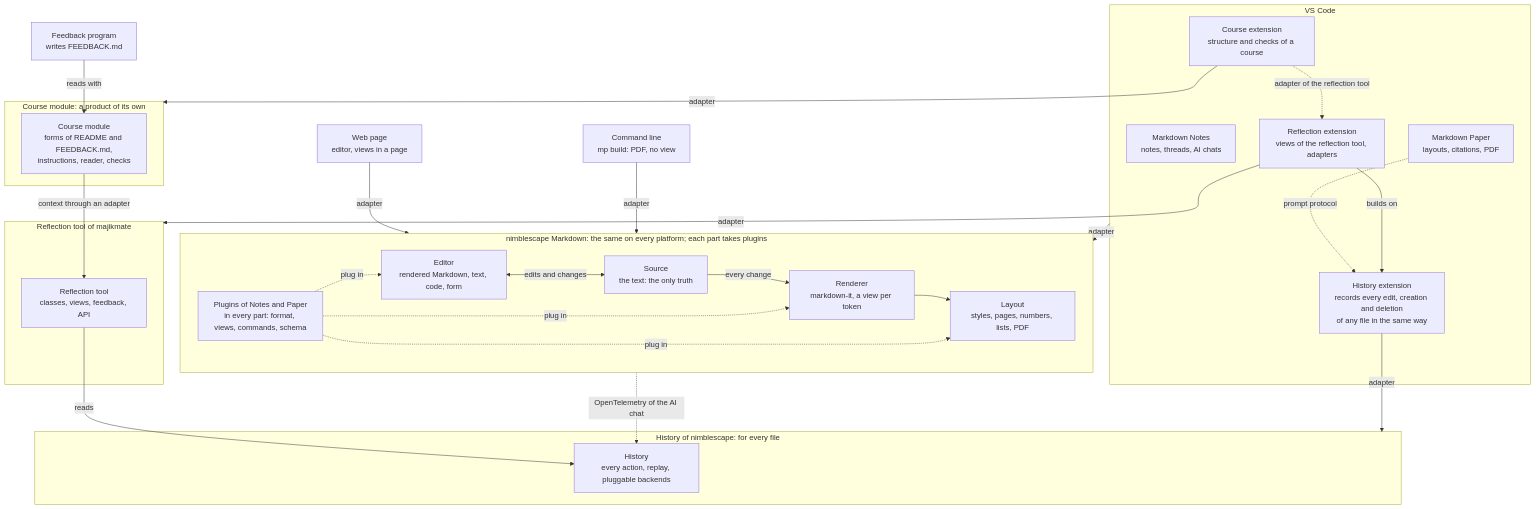
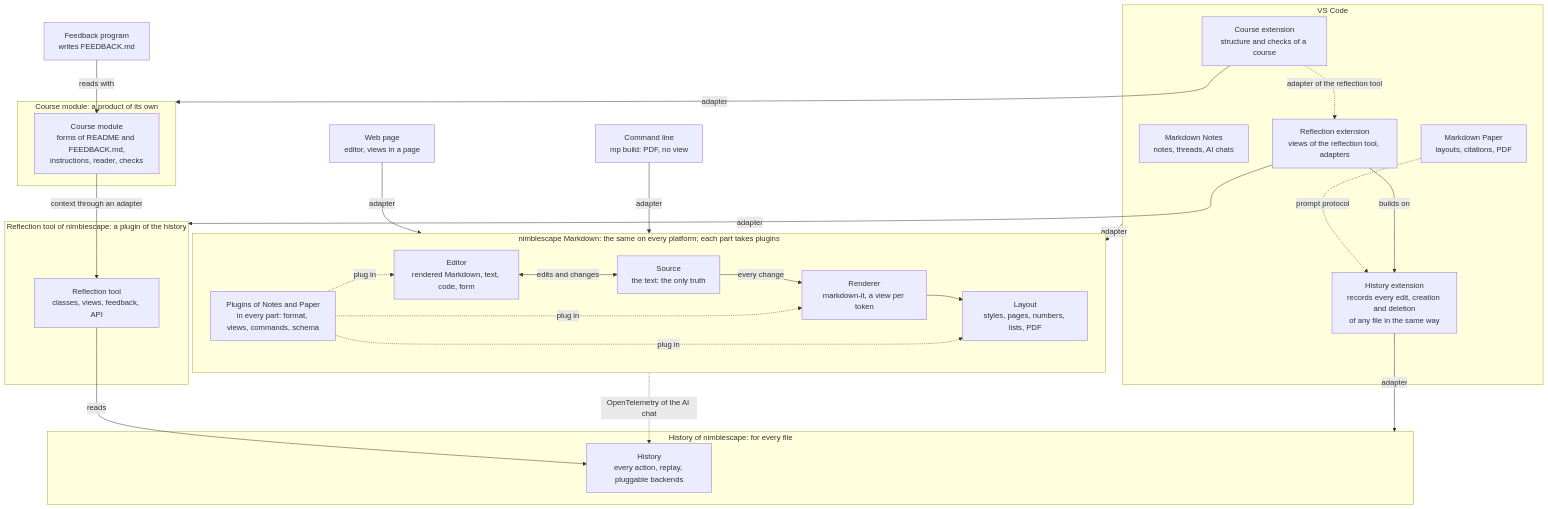
Before and after one commit to nimblescape/markdown: the diagram in docs/specification.md, drawn with Mermaid. The commit also changed other lines of this file and 4 other files, not shown here.

````diff
--- a/docs/specification.md
+++ b/docs/specification.md
@@ -83,48 +83,48 @@
 ```mermaid
 flowchart TB
   subgraph vscode["VS Code"]
     notes["Markdown Notes<br/>notes, threads, AI chats"]
     paper["Markdown Paper<br/>layouts, citations, PDF"]
     historyExtension["History extension<br/>records every edit, creation and deletion<br/>of any file in the same way"]
     reflectionExtension["Reflection extension<br/>views of the reflection tool, adapters"]
     courseExtension["Course extension<br/>structure and checks of a course"]
     paper -. prompt protocol .-> historyExtension
     reflectionExtension -- builds on --> historyExtension
     courseExtension -. adapter of the reflection tool .-> reflectionExtension
   end
   web["Web page<br/>editor, views in a page"]
   cli["Command line<br/>mp build: PDF, no view"]
   subgraph libraries["nimblescape Markdown: the same on every platform; each part takes plugins"]
     source["Source<br/>the text: the only truth"]
     editor["Editor<br/>rendered Markdown, text, code, form"]
     renderer["Renderer<br/>markdown-it, a view per token"]
     layout["Layout<br/>styles, pages, numbers, lists, PDF"]
     plugins["Plugins of Notes and Paper<br/>in every part: format, views, commands, schema"]
     editor <-->|edits and changes| source
     source -- every change --> renderer
     renderer --> layout
     plugins -. plug in .-> editor
     plugins -. plug in .-> renderer
     plugins -. plug in .-> layout
   end
   subgraph historyProduct["History of nimblescape: for every file"]
     history["History<br/>every action, replay, pluggable backends"]
   end
-  subgraph reflectionProduct["Reflection tool of majikmate"]
+  subgraph reflectionProduct["Reflection tool of nimblescape: a plugin of the history"]
     reflection["Reflection tool<br/>classes, views, feedback, API"]
   end
   reflection -- reads --> history
   subgraph courseProduct["Course module: a product of its own"]
     course["Course module<br/>forms of README and FEEDBACK.md,<br/>instructions, reader, checks"]
   end
   feedback["Feedback program<br/>writes FEEDBACK.md"]
   course -- context through an adapter --> reflection
   feedback -- reads with --> course
   courseExtension -- adapter --> courseProduct
   libraries -. OpenTelemetry of the AI chat .-> history
   historyExtension -- adapter --> historyProduct
   reflectionExtension -- adapter --> reflectionProduct
   vscode -- adapter --> libraries
   web -- adapter --> libraries
   cli -- adapter --> libraries
 ```
````
